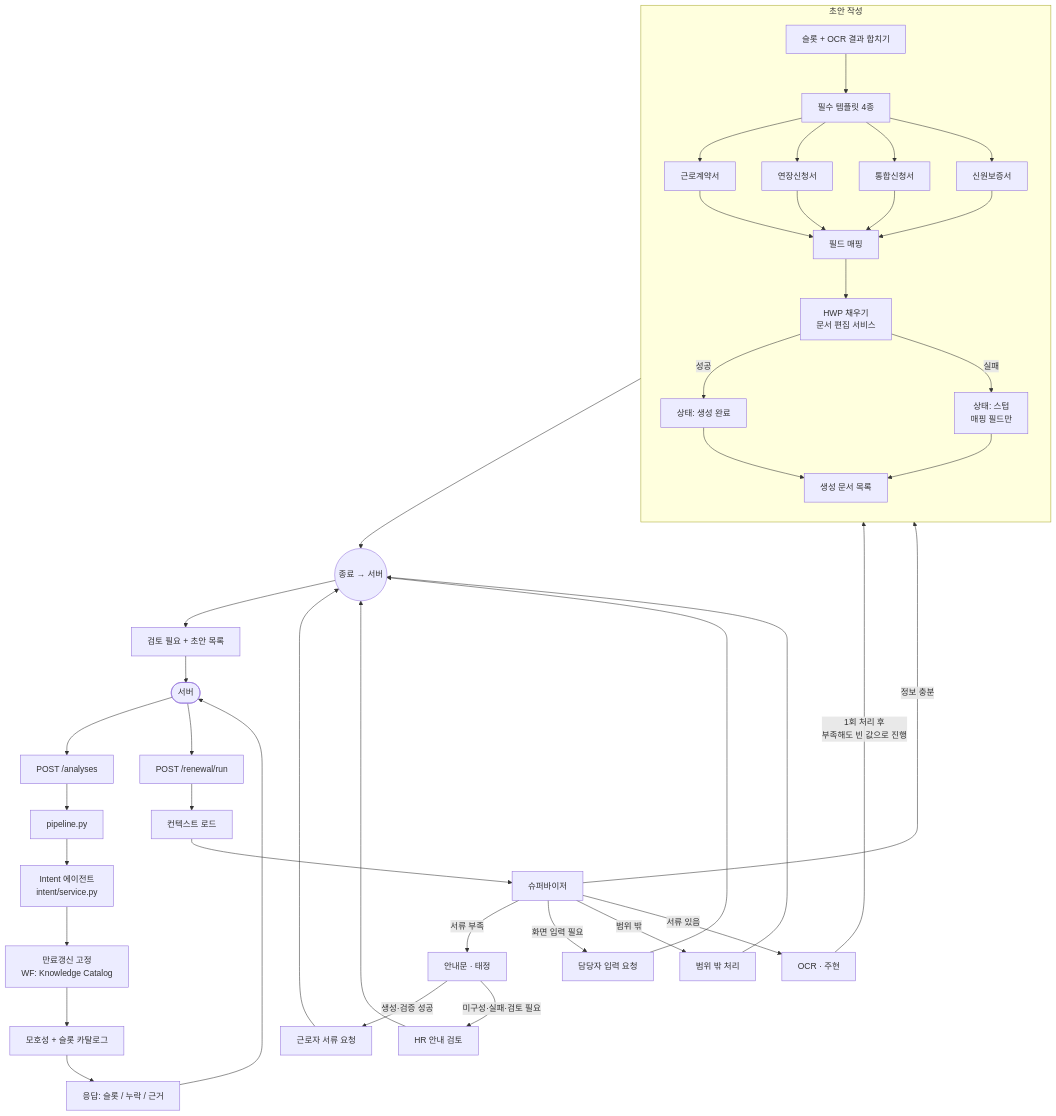
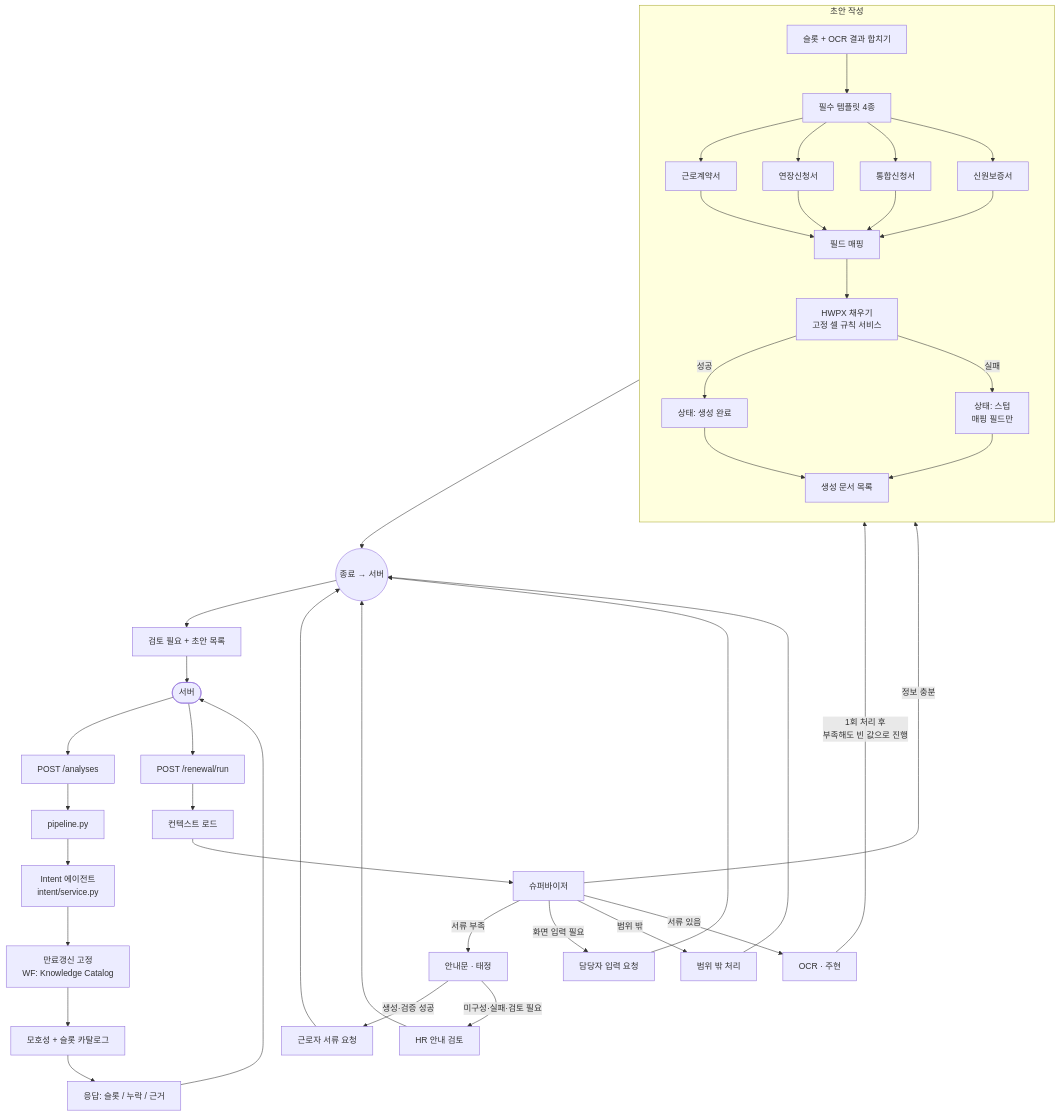
The diagram in app/agents/workflow_graph/README.md (fowoco/ai), drawn with Mermaid before and after one commit. The commit also changed other lines of this file and 8 other files, not shown here.

````diff
--- a/app/agents/workflow_graph/README.md
+++ b/app/agents/workflow_graph/README.md
@@ -46,55 +46,55 @@
 ```mermaid
 flowchart TB
   Server([서버])
 
   Server --> A["POST /analyses"]
   A --> P["pipeline.py"]
   P --> IA1["Intent 에이전트<br/>intent/service.py"]
   IA1 --> FIX1["만료갱신 고정<br/>WF: Knowledge Catalog"]
   FIX1 --> AMB1["모호성 + 슬롯 카탈로그"]
   AMB1 --> AR["응답: 슬롯 / 누락 / 근거"]
   AR --> Server
 
   Server --> R["POST /renewal/run"]
   R --> LC["컨텍스트 로드"]
   LC --> SUP["슈퍼바이저"]
 
   SUP -->|서류 부족| GUIDE["안내문 · 태정"]
   SUP -->|화면 입력 필요| AH["담당자 입력 요청"]
   SUP -->|범위 밖| OOS["범위 밖 처리"]
   SUP -->|서류 있음| OCR["OCR · 주현"]
   SUP -->|정보 충분| GEN
 
   GUIDE -->|생성·검증 성공| AW["근로자 서류 요청"]
   GUIDE -->|미구성·실패·검토 필요| GR["HR 안내 검토"]
 
   OCR -->|1회 처리 후<br/>부족해도 빈 값으로 진행| GEN
 
   AW --> ENDN((종료 → 서버))
   GR --> ENDN
   AH --> ENDN
   OOS --> ENDN
 
   subgraph GEN["초안 작성"]
     direction TB
     M["슬롯 + OCR 결과 합치기"]
     M --> T["필수 템플릿 4종"]
     T --> T1["근로계약서"]
     T --> T2["연장신청서"]
     T --> T3["통합신청서"]
     T --> T4["신원보증서"]
     T1 --> MAP["필드 매핑"]
     T2 --> MAP
     T3 --> MAP
     T4 --> MAP
-    MAP --> EDIT["HWP 채우기<br/>문서 편집 서비스"]
+    MAP --> EDIT["HWPX 채우기<br/>고정 셀 규칙 서비스"]
     EDIT -->|성공| OK["상태: 생성 완료"]
     EDIT -->|실패| ST["상태: 스텁<br/>매핑 필드만"]
     OK --> OUT["생성 문서 목록"]
     ST --> OUT
   end
 
   GEN --> ENDN
   ENDN --> RR["검토 필요 + 초안 목록"]
   RR --> Server
 ```
````
